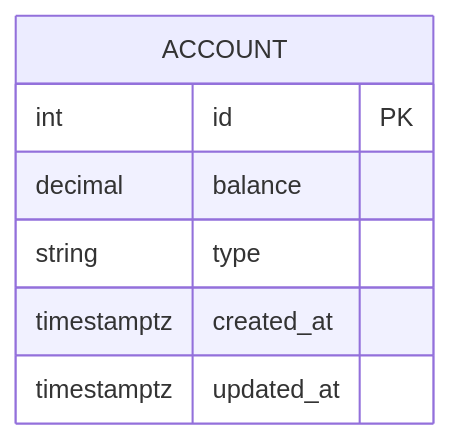
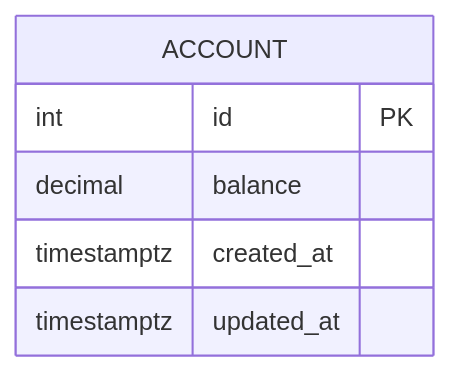
One commit to go-park-mail-ru/2025_2_VKarmane changed the second of 12 diagrams in db/normalized/relations.md. Above: the diagram before and after it, drawn with Mermaid. The commit also changed other lines of this file and 2 other files, not shown here.

````diff
--- a/db/normalized/relations.md
+++ b/db/normalized/relations.md
@@ -47,10 +48,9 @@
 ```mermaid
 erDiagram
      ACCOUNT {
         int id PK
         decimal balance
-        string type
         timestamptz created_at
         timestamptz updated_at
     }
 ```
````
